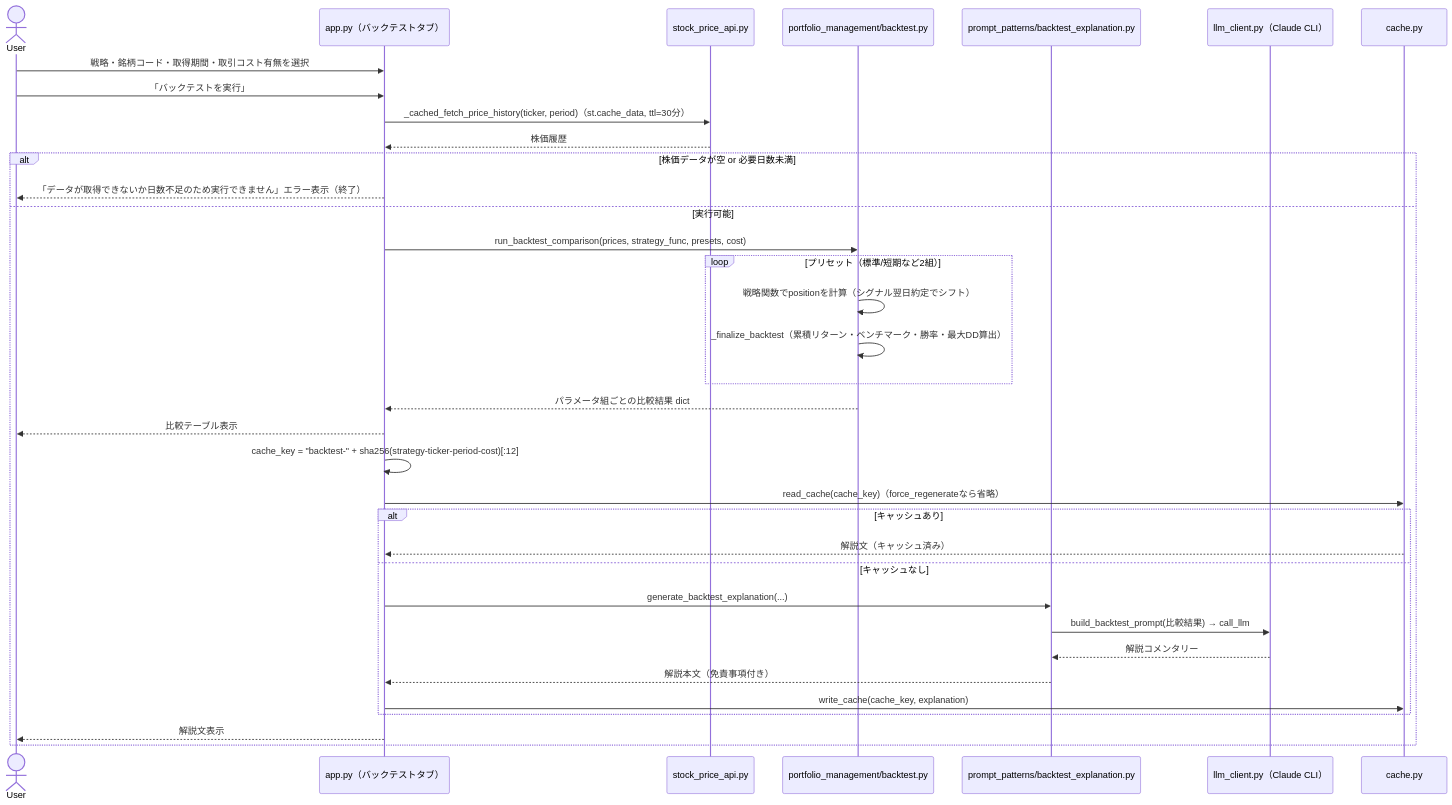
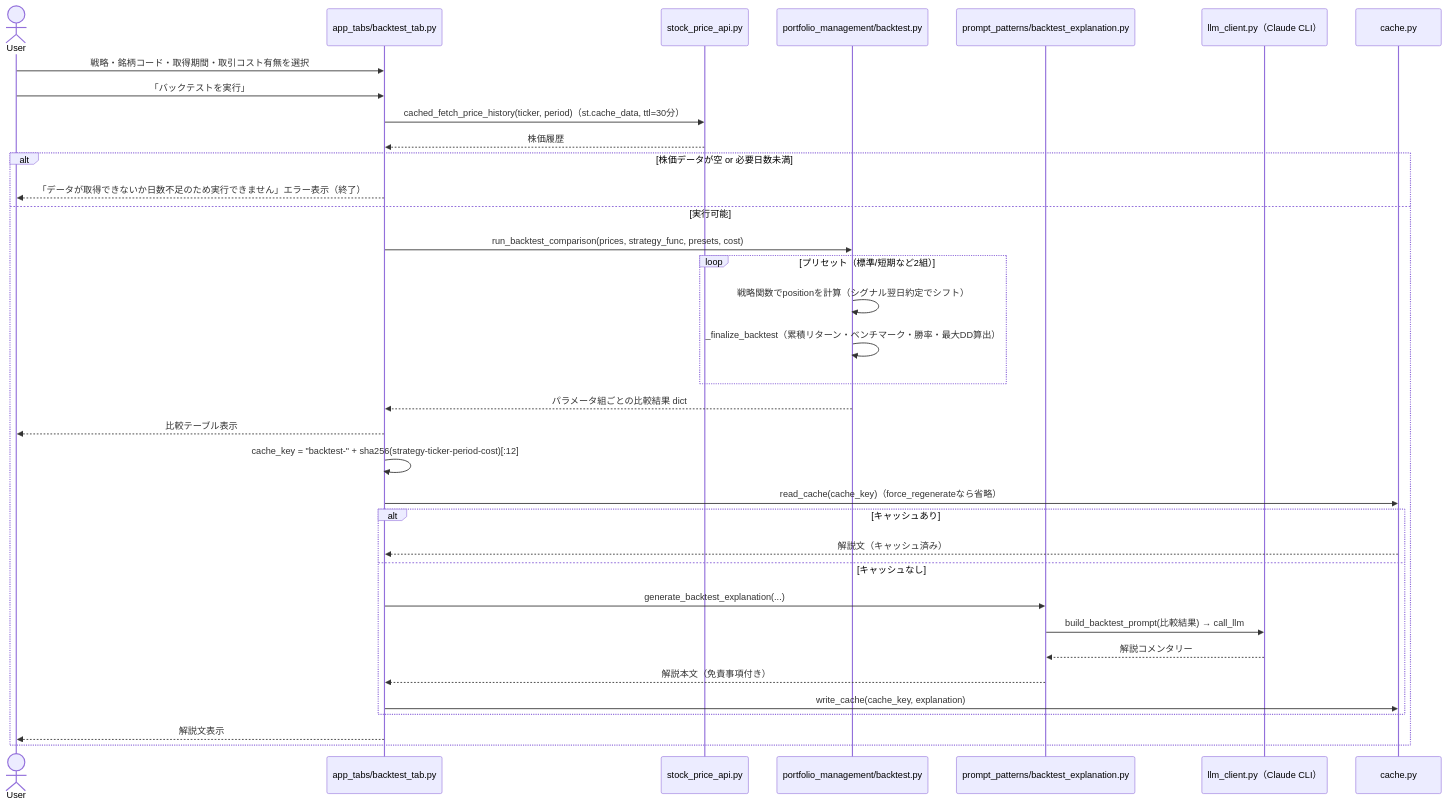
One commit to duwenji/ai-stock-investing-tutorial changed the fourth of 8 diagrams in app/docs/app-design.md. Above: the diagram before and after it, drawn with Mermaid. The commit also changed other lines of this file and 14 other files, not shown here.

First line of the commit message:
Split app.py's per-tab logic into app_tabs modules

````diff
--- a/app/docs/app-design.md
+++ b/app/docs/app-design.md
@@ -333,38 +421,38 @@
 ```mermaid
 sequenceDiagram
     actor User
-    participant UI as app.py（バックテストタブ）
+    participant UI as app_tabs/backtest_tab.py
     participant PriceAPI as stock_price_api.py
     participant Backtest as portfolio_management/backtest.py
     participant BacktestP as prompt_patterns/backtest_explanation.py
     participant LLM as llm_client.py（Claude CLI）
     participant Cache as cache.py
 
     User->>UI: 戦略・銘柄コード・取得期間・取引コスト有無を選択
     User->>UI: 「バックテストを実行」
-    UI->>PriceAPI: _cached_fetch_price_history(ticker, period)（st.cache_data, ttl=30分）
+    UI->>PriceAPI: cached_fetch_price_history(ticker, period)（st.cache_data, ttl=30分）
     PriceAPI-->>UI: 株価履歴
     alt 株価データが空 or 必要日数未満
         UI-->>User: 「データが取得できないか日数不足のため実行できません」エラー表示（終了）
     else 実行可能
         UI->>Backtest: run_backtest_comparison(prices, strategy_func, presets, cost)
         loop プリセット（標準/短期など2組）
             Backtest->>Backtest: 戦略関数でpositionを計算（シグナル翌日約定でシフト）
             Backtest->>Backtest: _finalize_backtest（累積リターン・ベンチマーク・勝率・最大DD算出）
         end
         Backtest-->>UI: パラメータ組ごとの比較結果 dict
         UI-->>User: 比較テーブル表示
         UI->>UI: cache_key = "backtest-" + sha256(strategy-ticker-period-cost)[:12]
         UI->>Cache: read_cache(cache_key)（force_regenerateなら省略）
         alt キャッシュあり
             Cache-->>UI: 解説文（キャッシュ済み）
         else キャッシュなし
             UI->>BacktestP: generate_backtest_explanation(...)
             BacktestP->>LLM: build_backtest_prompt(比較結果) → call_llm
             LLM-->>BacktestP: 解説コメンタリー
             BacktestP-->>UI: 解説本文（免責事項付き）
             UI->>Cache: write_cache(cache_key, explanation)
         end
         UI-->>User: 解説文表示
     end
 ```
````
